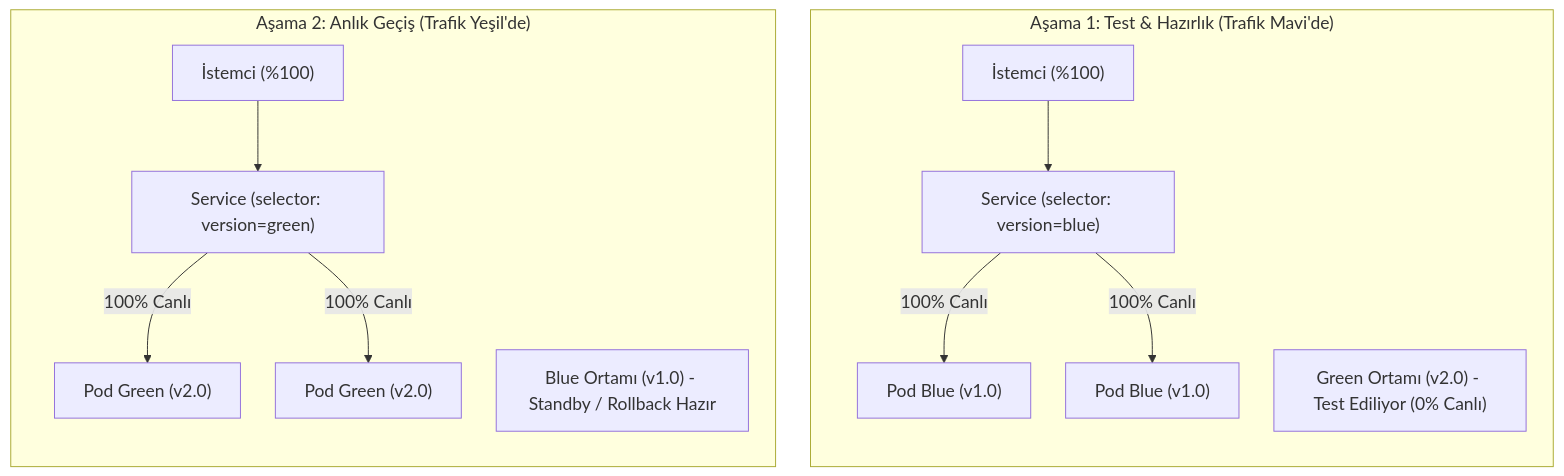
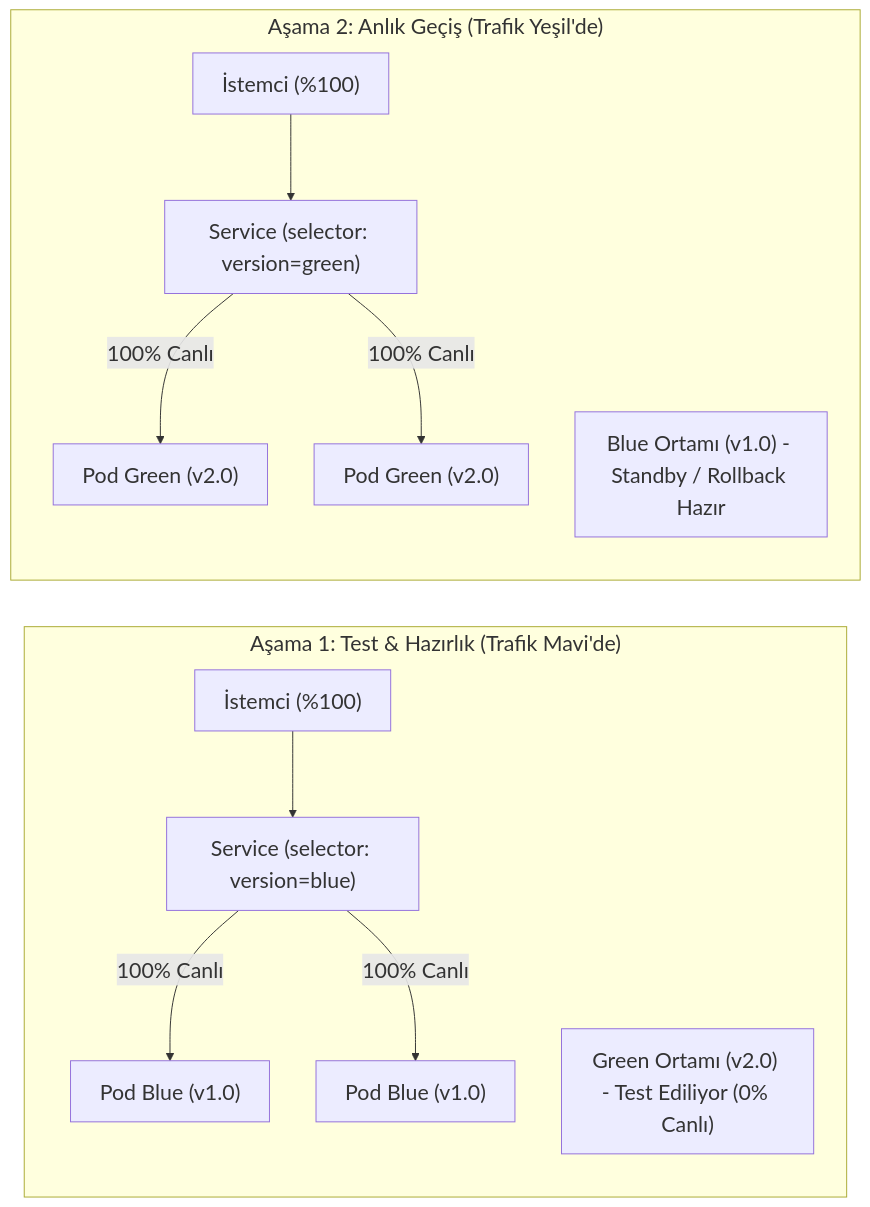
The third of 4 diagrams in lab-08-deployment-strategies/README.md (MTugce/k8s-labs), drawn with Mermaid before and after one commit.

Commit message:
Enlarge Blue-Green Mermaid diagram

````diff
--- a/lab-08-deployment-strategies/README.md
+++ b/lab-08-deployment-strategies/README.md
@@ -299,18 +299,18 @@
 ```mermaid
-%%{init: {'themeVariables': {'fontSize': '18px'}, 'flowchart': {'nodeSpacing': 36, 'rankSpacing': 48}}}%%
-flowchart TB
+%%{init: {'themeVariables': {'fontSize': '22px'}, 'flowchart': {'nodeSpacing': 48, 'rankSpacing': 64, 'useMaxWidth': false}}}%%
+flowchart LR
   accTitle: Blue-Green trafik geçişi
   accDescr: Trafiğin Blue sürümünden Green sürümüne aktarılmasını gösterir.
   subgraph Before["Aşama 1: Test & Hazırlık (Trafik Mavi'de)"]
     direction TB
     CB["İstemci (%100)"] --> SB["Service (selector: version=blue)"]
     SB -->|100% Canlı| B1["Pod Blue (v1.0)"] & B2["Pod Blue (v1.0)"]
     G_IDLE["Green Ortamı (v2.0) - Test Ediliyor (0% Canlı)"]
   end
   subgraph After["Aşama 2: Anlık Geçiş (Trafik Yeşil'de)"]
     direction TB
     CG["İstemci (%100)"] --> SG["Service (selector: version=green)"]
     SG -->|100% Canlı| G1["Pod Green (v2.0)"] & G2["Pod Green (v2.0)"]
     B_IDLE["Blue Ortamı (v1.0) - Standby / Rollback Hazır"]
   end
 ```
````
